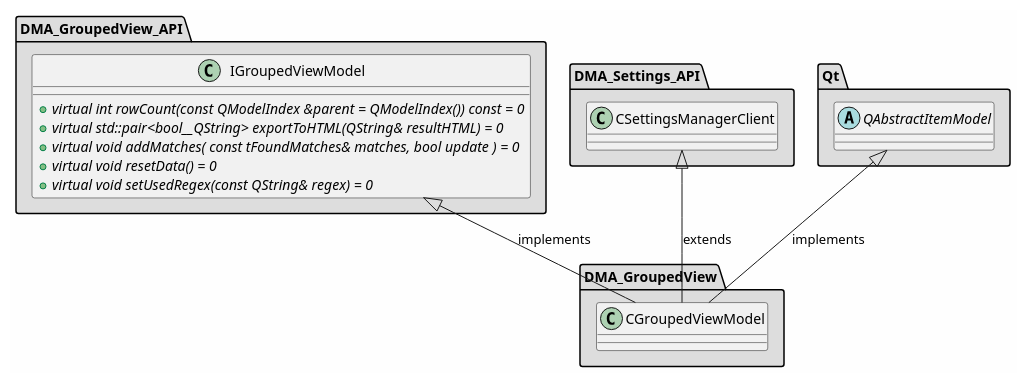
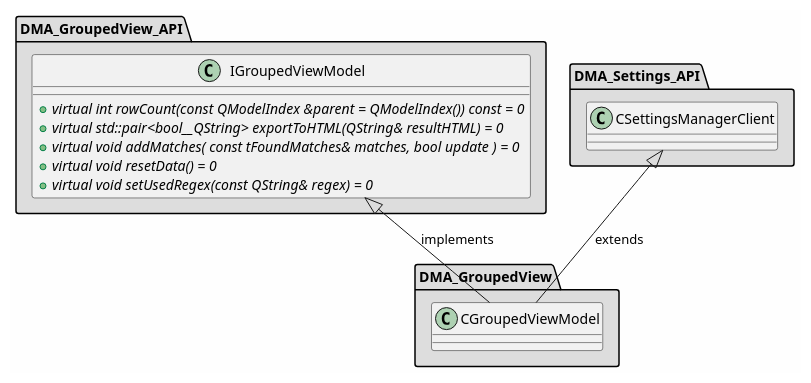
One commit to svlad-90/DLT-Message-Analyzer changed the diagram in md/dev_docs/puml/DMA_GroupedView_standalone.puml. Above: the diagram before and after it, drawn with PlantUML. The commit also changed 83 other files, not shown here.

```diff
--- a/md/dev_docs/puml/DMA_GroupedView_standalone.puml
+++ b/md/dev_docs/puml/DMA_GroupedView_standalone.puml
@@ -2,51 +2,41 @@
 @startuml
 
 skinparam backgroundColor #FEFEFE
 skinparam wrapWidth 600
 package "DMA_GroupedView" #DDDDDD
 {
 
 class "CGroupedViewModel"
 {
 }
 
 }
 
 package "DMA_GroupedView_API" #DDDDDD
 {
 
 class "IGroupedViewModel"
 {
     + {abstract} virtual int rowCount(const QModelIndex &parent = QModelIndex()) const = 0
     + {abstract} virtual std::pair<bool__QString> exportToHTML(QString& resultHTML) = 0
     + {abstract} virtual void addMatches( const tFoundMatches& matches, bool update ) = 0
     + {abstract} virtual void resetData() = 0
     + {abstract} virtual void setUsedRegex(const QString& regex) = 0
 }
 
 }
 
 package "DMA_Settings_API" #DDDDDD
 {
 
 class "CSettingsManagerClient"
 {
 }
 
 }
 
-package "Qt" #DDDDDD
-{
-
-abstract class "QAbstractItemModel"
-{
-}
-
-}
-
 '====================Inheritance section====================
 CSettingsManagerClient <|-- CGroupedViewModel : extends
 IGroupedViewModel <|-- CGroupedViewModel : implements
-QAbstractItemModel <|-- CGroupedViewModel : implements
 
 @enduml
```
